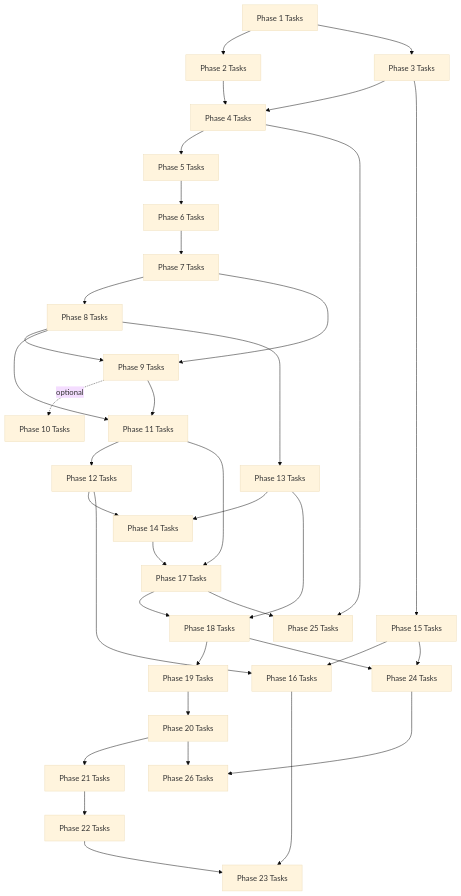
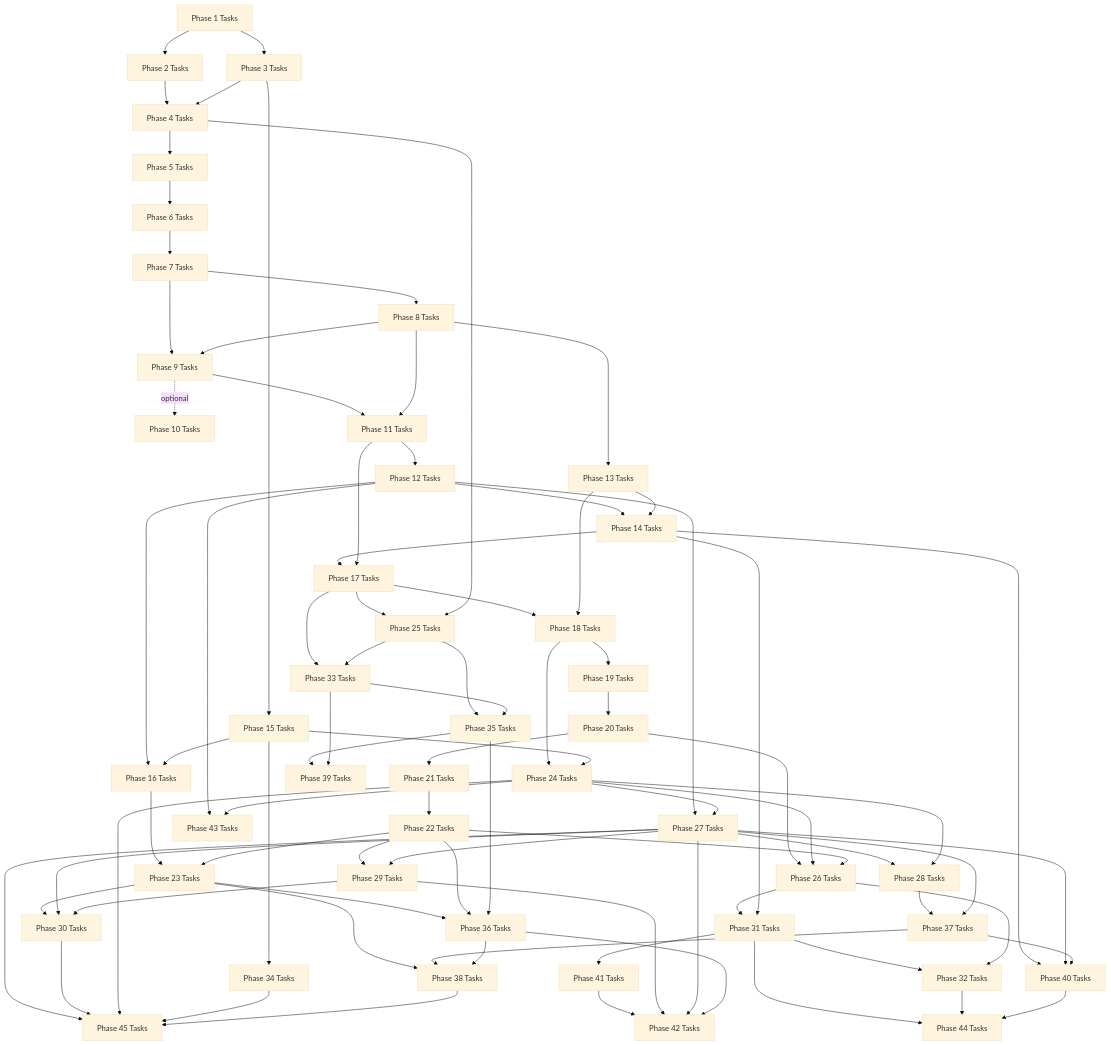
Before and after one commit to mikecubed/m3OS: the diagram in docs/roadmap/tasks/README.md, drawn with Mermaid (base theme). The commit also changed other lines of this file and 20 other files, not shown here.

Commit message:
docs: add kernel infrastructure phases 33-39 to roadmap (#56)

````diff
--- a/docs/roadmap/tasks/README.md
+++ b/docs/roadmap/tasks/README.md
@@ -70,4 +70,57 @@
     P4 --> P25
     P20 --> P26["Phase 26 Tasks"]
     P24 --> P26
+
+    %% Productivity phases
+    P22 --> P26
+    P12 --> P27["Phase 27 Tasks"]
+    P24 --> P27
+    P27 --> P28["Phase 28 Tasks"]
+    P24 --> P28
+    P22 --> P29["Phase 29 Tasks"]
+    P27 --> P29
+    P23 --> P30["Phase 30 Tasks"]
+    P27 --> P30
+    P29 --> P30
+    P26 --> P31["Phase 31 Tasks"]
+    P14 --> P31
+    P31 --> P32["Phase 32 Tasks"]
+    P26 --> P32
+
+    %% Kernel infrastructure phases
+    P17 --> P33["Phase 33 Tasks"]
+    P25 --> P33
+    P15 --> P34["Phase 34 Tasks"]
+    P25 --> P35["Phase 35 Tasks"]
+    P33 --> P35
+    P23 --> P36["Phase 36 Tasks"]
+    P22 --> P36
+    P35 --> P36
+    P28 --> P37["Phase 37 Tasks"]
+    P27 --> P37
+    P23 --> P38["Phase 38 Tasks"]
+    P37 --> P38
+    P36 --> P38
+    P35 --> P39["Phase 39 Tasks"]
+    P33 --> P39
+
+    %% Application phases
+    P14 --> P40["Phase 40 Tasks"]
+    P27 --> P40
+    P37 --> P40
+    P31 --> P41["Phase 41 Tasks"]
+    P41 --> P42["Phase 42 Tasks"]
+    P29 --> P42
+    P27 --> P42
+    P36 --> P42
+    P12 --> P43["Phase 43 Tasks"]
+    P24 --> P43
+    P31 --> P44["Phase 44 Tasks"]
+    P32 --> P44
+    P40 --> P44
+    P27 --> P45["Phase 45 Tasks"]
+    P30 --> P45
+    P24 --> P45
+    P34 --> P45
+    P38 --> P45
 ```
````
